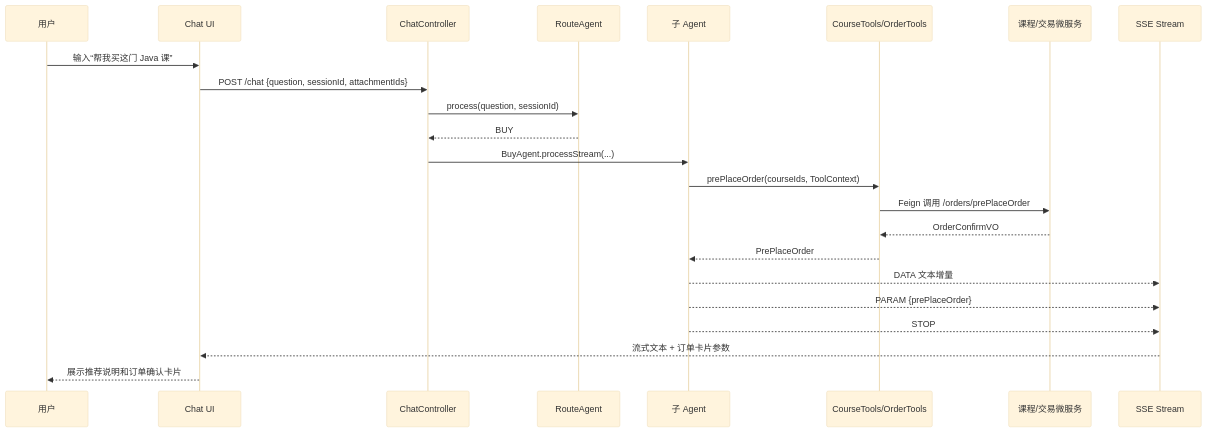
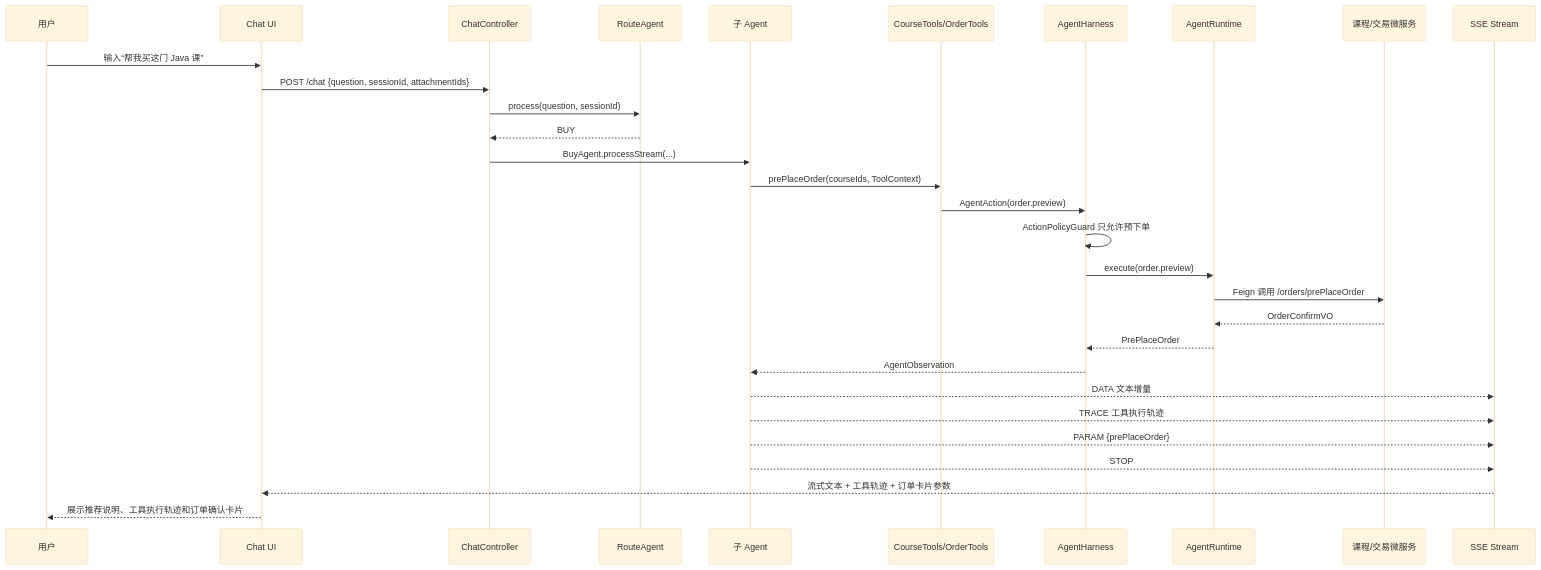
Before and after one commit to however-yir/tianji-ai-agent: the second of 2 diagrams in README.md, drawn with Mermaid (base theme). The commit also changed other lines of this file and 29 other files, not shown here.

Commit message:
Add governed agent harness

````diff
--- a/README.md
+++ b/README.md
@@ -59,26 +61,33 @@
 ```mermaid
 sequenceDiagram
     participant User as 用户
     participant Web as Chat UI
     participant Chat as ChatController
     participant Route as RouteAgent
     participant Agent as 子 Agent
     participant Tool as CourseTools/OrderTools
+    participant Harness as AgentHarness
+    participant Runtime as AgentRuntime
     participant Biz as 课程/交易微服务
     participant SSE as SSE Stream
 
     User->>Web: 输入“帮我买这门 Java 课”
     Web->>Chat: POST /chat {question, sessionId, attachmentIds}
     Chat->>Route: process(question, sessionId)
     Route-->>Chat: BUY
     Chat->>Agent: BuyAgent.processStream(...)
     Agent->>Tool: prePlaceOrder(courseIds, ToolContext)
-    Tool->>Biz: Feign 调用 /orders/prePlaceOrder
-    Biz-->>Tool: OrderConfirmVO
-    Tool-->>Agent: PrePlaceOrder
+    Tool->>Harness: AgentAction(order.preview)
+    Harness->>Harness: ActionPolicyGuard 只允许预下单
+    Harness->>Runtime: execute(order.preview)
+    Runtime->>Biz: Feign 调用 /orders/prePlaceOrder
+    Biz-->>Runtime: OrderConfirmVO
+    Runtime-->>Harness: PrePlaceOrder
+    Harness-->>Agent: AgentObservation
     Agent-->>SSE: DATA 文本增量
+    Agent-->>SSE: TRACE 工具执行轨迹
     Agent-->>SSE: PARAM {prePlaceOrder}
     Agent-->>SSE: STOP
-    SSE-->>Web: 流式文本 + 订单卡片参数
-    Web-->>User: 展示推荐说明和订单确认卡片
+    SSE-->>Web: 流式文本 + 工具轨迹 + 订单卡片参数
+    Web-->>User: 展示推荐说明、工具执行轨迹和订单确认卡片
 ```
````
